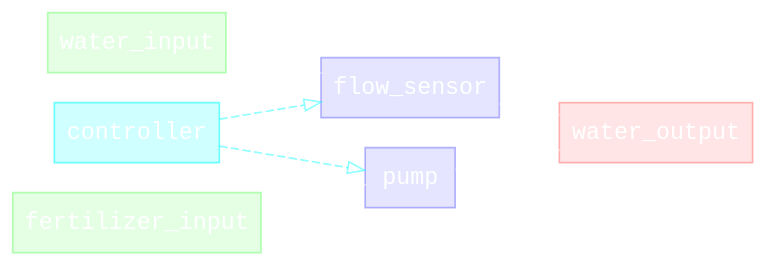
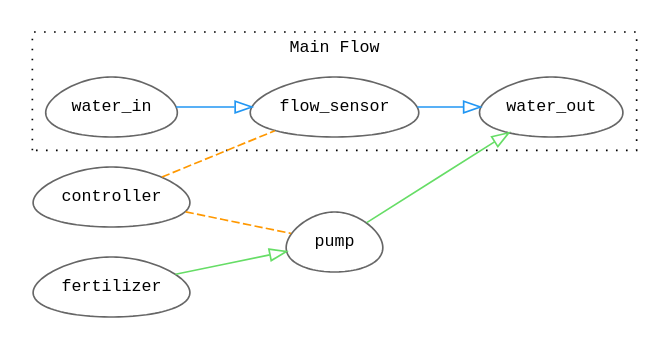
One commit to leshy/plant_control_loops changed the diagram in index.org. Above: the diagram before and after it, drawn with Graphviz. The commit also changed other lines of this file and 4 other files, not shown here.

Commit message:
splitting into separate files, fertilizer injector theory

```diff
--- a/index.org
+++ b/index.org
@@ -201,36 +150,26 @@
-#+begin_src dot :file ./img/fertilizer1.png :results file graphics
+#+begin_src dot :file ./img/injector.svg :results file graphics
 digraph {
-  rankdir=LR;
-  bgcolor=transparent;
-  edge [color="#ffffff70" fillcolor="transparent" style="solid"]
-  node [fontname=monospace fontcolor=white shape=box color="#ffffff88" style="solid"]
+        rankdir=LR;
+        bgcolor=white; fontname="monospace"; fontsize=10; fontcolor=black;
+        node [shape=egg height="0.5" margin="0.1,0.05"  color="#00000099" style="solid" fontname="monospace"; fontsize=10; fontcolor=black]
+        edge [color="black" fillcolor="white" style="solid"]
 
+        subgraph cluster_water_flow {
+                label="Main Flow"; style="dotted"
+                edge [color="#2196F3" fillcolor="white" style="solid" weight=5]
+                water_in -> flow_sensor -> water_out
+        }
 
-  subgraph {
-    node [shape=box color="#77ff7788" fillcolor="#77ff7730" style="filled"]
-    water_input
-    fertilizer_input
-  }
+        subgraph {
+                edge [color="#66dd66" fillcolor="white" style="solid" weight=2]
+                fertilizer -> pump
+                pump -> water_out
+        }
 
-  subgraph {
-    node [shape=box color="#ff777788" fillcolor="#ff777730" style="filled"]
-    water_output
-  }
-
-  subgraph {
-      node [shape=box color="#7777ff88" fillcolor="#7777ff30" style="filled"]
-      water_input -> flow_sensor -> water_output
-      fertilizer_input -> pump -> water_output
-  }
-
-  subgraph
-  {
-  node [shape=box color="#00ffff88" fillcolor="#00ffff30"  style="filled"]
-  edge [color="#00ffff70" fillcolor="transparent" style="dashed"]
-
-  controller -> flow_sensor
-  controller -> pump
-  }
+        subgraph {
+                edge [color="#FF9800" fillcolor="white" style="dashed" arrowhead="none" weight=0]
+                controller -> flow_sensor, pump
+        }
 
 }
 #+end_src
```
